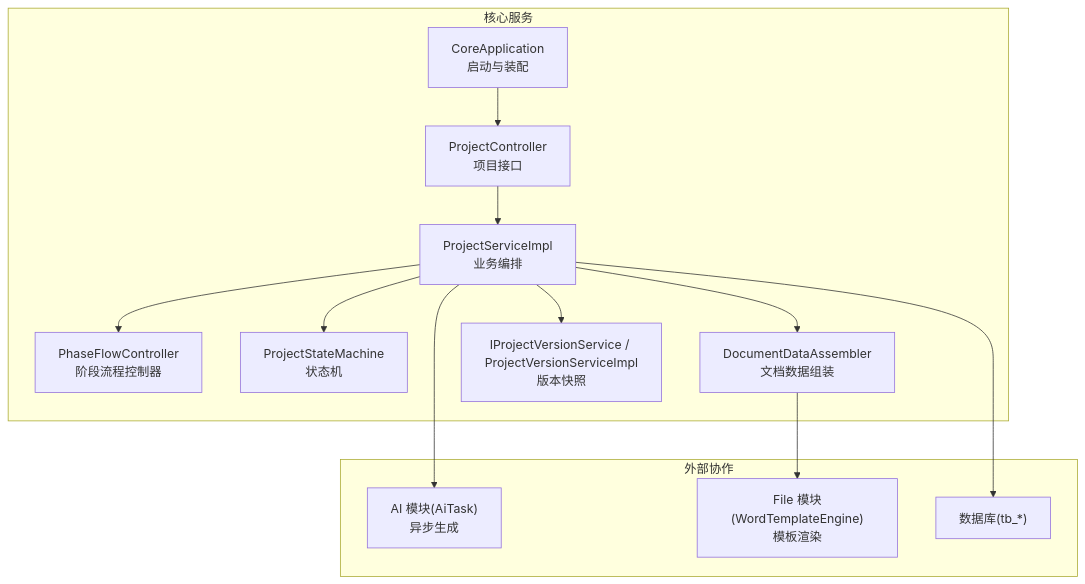
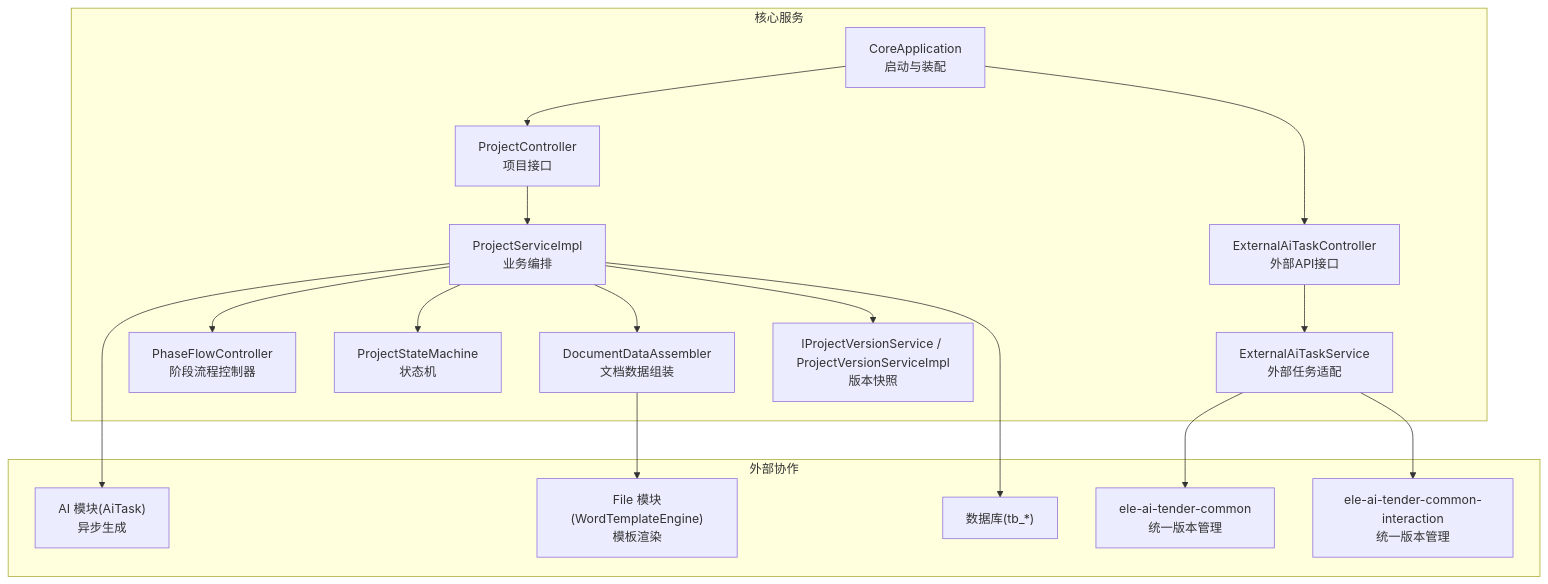
Before and after one commit to DrunkFood/First: the first of 9 diagrams in .qoder/repowiki/zh/content/后端服务/核心业务服务 (ele-ai-tender-core)/核心业务服务 (ele-ai-tender-core).md, drawn with Mermaid. The commit also changed other lines of this file and 66 other files, not shown here.

````diff
--- a/.qoder/repowiki/zh/content/后端服务/核心业务服务 (ele-ai-tender-core)/核心业务服务 (ele-ai-tender-core).md
+++ b/.qoder/repowiki/zh/content/后端服务/核心业务服务 (ele-ai-tender-core)/核心业务服务 (ele-ai-tender-core).md
@@ -46,26 +58,34 @@
 ```mermaid
 graph TB
 subgraph "核心服务"
 APP["CoreApplication<br/>启动与装配"]
 CTRL["ProjectController<br/>项目接口"]
+EXT_CTRL["ExternalAiTaskController<br/>外部API接口"]
 SVC["ProjectServiceImpl<br/>业务编排"]
+EXT_SVC["ExternalAiTaskService<br/>外部任务适配"]
 FSM["PhaseFlowController<br/>阶段流程控制器"]
 SM["ProjectStateMachine<br/>状态机"]
 ASSEMBLER["DocumentDataAssembler<br/>文档数据组装"]
 VER_SVC["IProjectVersionService / ProjectVersionServiceImpl<br/>版本快照"]
 end
 subgraph "外部协作"
 AI["AI 模块(AiTask)<br/>异步生成"]
 FILE["File 模块(WordTemplateEngine)<br/>模板渲染"]
 DB["数据库(tb_*)"]
+COMMON["ele-ai-tender-common<br/>统一版本管理"]
+INTERACTION["ele-ai-tender-common-interaction<br/>统一版本管理"]
 end
 APP --> CTRL
+APP --> EXT_CTRL
 CTRL --> SVC
+EXT_CTRL --> EXT_SVC
 SVC --> FSM
 SVC --> SM
 SVC --> AI
 SVC --> VER_SVC
 SVC --> ASSEMBLER
+EXT_SVC --> COMMON
+EXT_SVC --> INTERACTION
 ASSEMBLER --> FILE
 SVC --> DB
 ```
````
